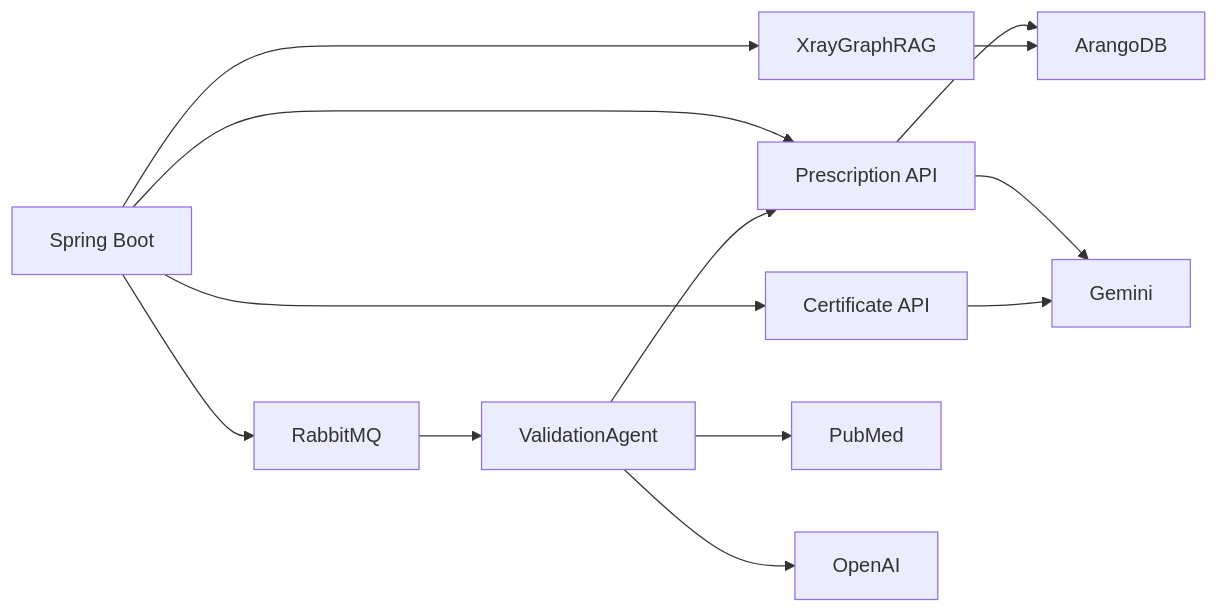
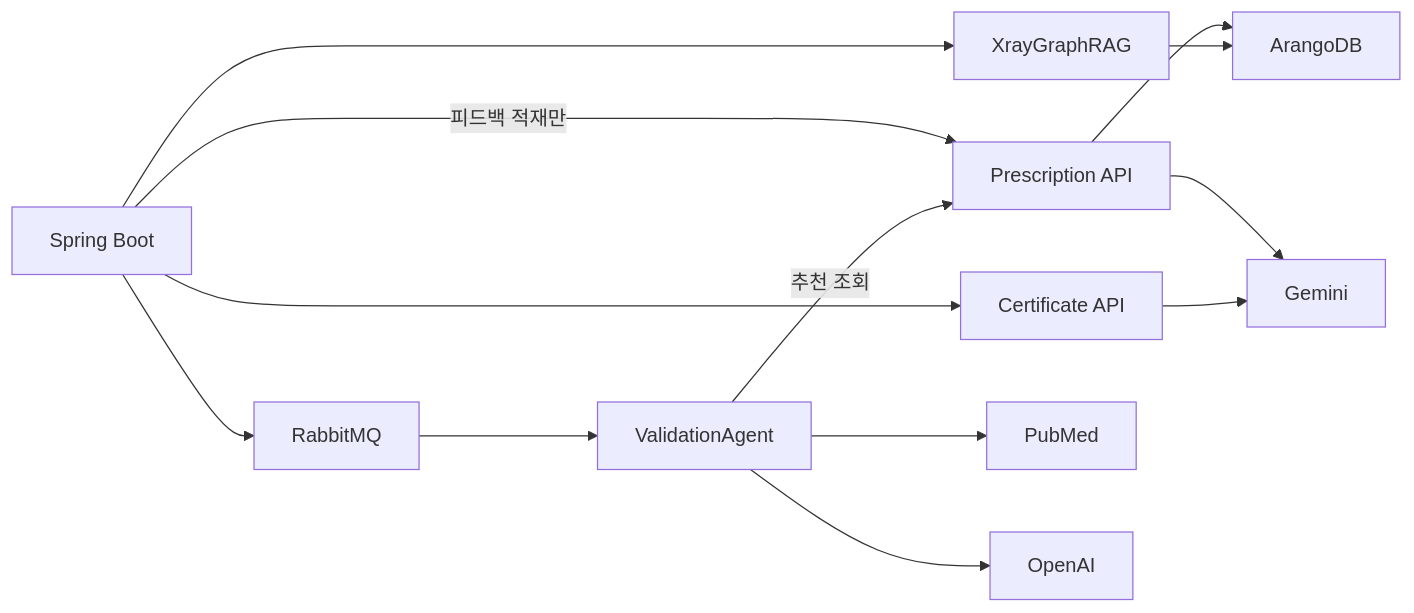
Before and after one commit to kjbddo/bitcomputer-emr: the seventh of 7 diagrams in Docs/04-ai-services-and-agents.md, drawn with Mermaid. The commit also changed other lines of this file and 18 other files, not shown here.

````diff
--- a/Docs/04-ai-services-and-agents.md
+++ b/Docs/04-ai-services-and-agents.md
@@ -202,15 +263,15 @@
 ```mermaid
 flowchart LR
   Spring[Spring Boot] --> Xray[XrayGraphRAG]
   Spring --> Cert[Certificate API]
-  Spring --> Rx[Prescription API]
+  Spring -- 피드백 적재만 --> Rx[Prescription API]
   Spring --> RMQ[RabbitMQ]
   RMQ --> Val[ValidationAgent]
-  Val --> Rx
+  Val -- 추천 조회 --> Rx
   Val --> PubMed[PubMed]
   Val --> OpenAI[OpenAI]
   Rx --> Gemini[Gemini]
   Cert --> Gemini
   Rx --> Arango[ArangoDB]
   Xray --> Arango
 ```
````
